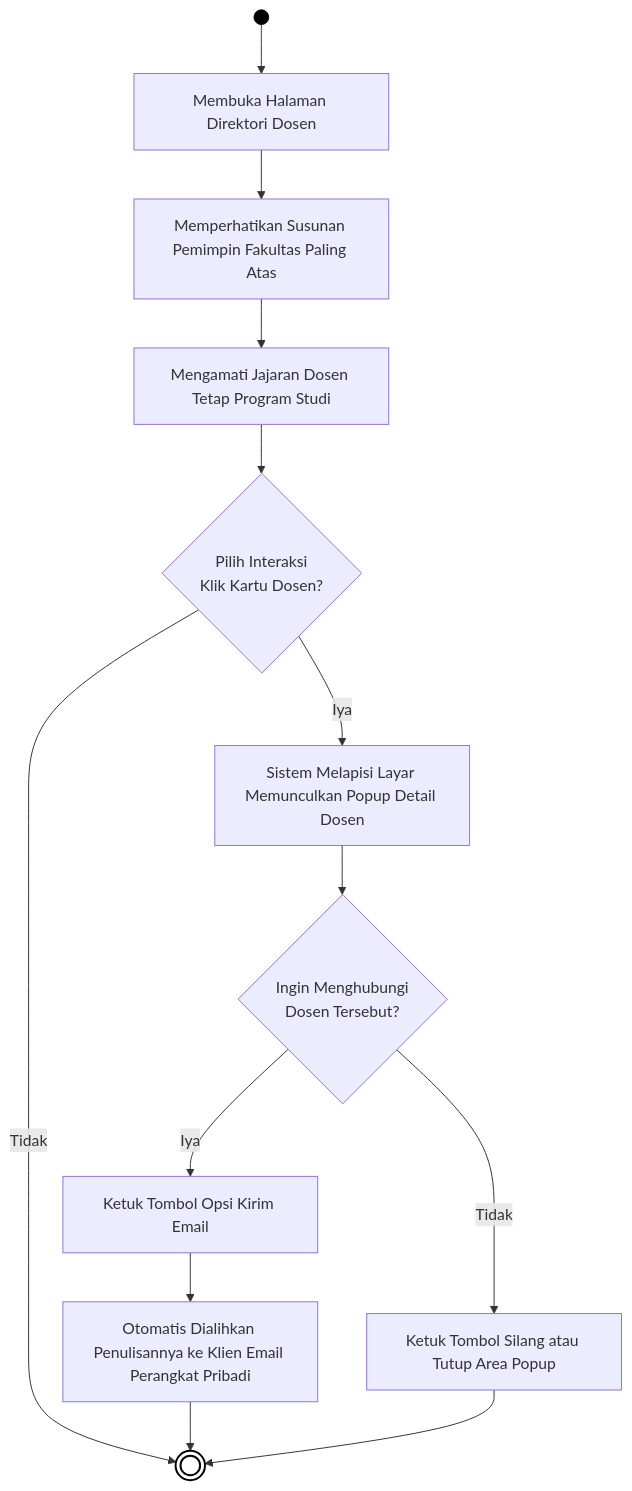
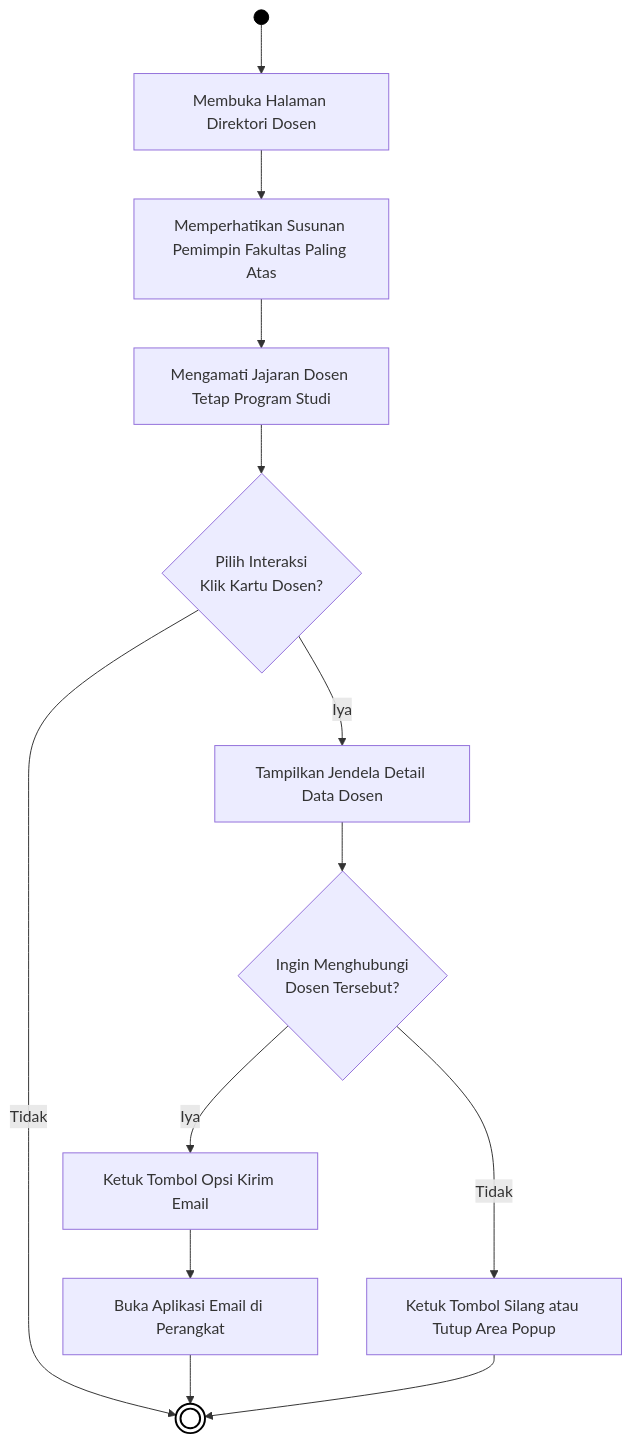
Before and after one commit to arbain-dev/Web_fikom: the fourth of 12 diagrams in docs/01B_DIAGRAM_AKTIVITAS_PUBLIK.md, drawn with Mermaid. The commit also changed other lines of this file, not shown here.

Commit message:
docs: menyederhanakan bahasa teknis diagram dan menambahkan 6 diagram UX publik tambahan

````diff
--- a/docs/01B_DIAGRAM_AKTIVITAS_PUBLIK.md
+++ b/docs/01B_DIAGRAM_AKTIVITAS_PUBLIK.md
@@ -112,24 +112,24 @@
 ```mermaid
 flowchart TD
     Start(( )) --> A[Membuka Halaman Direktori Dosen]
     
     A --> B[Memperhatikan Susunan Pemimpin Fakultas Paling Atas]
     B --> C[Mengamati Jajaran Dosen Tetap Program Studi]
     
     C --> D{Pilih Interaksi\nKlik Kartu Dosen?}
     D -- Tidak --> End((( )))
     
-    D -- Iya --> E[Sistem Melapisi Layar Memunculkan Popup Detail Dosen]
+    D -- Iya --> E[Tampilkan Jendela Detail Data Dosen]
     
     E --> F{Ingin Menghubungi\nDosen Tersebut?}
     
     F -- Iya --> G[Ketuk Tombol Opsi Kirim Email]
-    G --> H[Otomatis Dialihkan Penulisannya ke Klien Email Perangkat Pribadi]
+    G --> H[Buka Aplikasi Email di Perangkat]
     H --> End
     
     F -- Tidak --> I[Ketuk Tombol Silang atau Tutup Area Popup]
     I --> End
     
     style Start fill:#000,stroke:#000,color:#000
     style End fill:#fff,stroke:#000,stroke-width:2px
 ```
````
